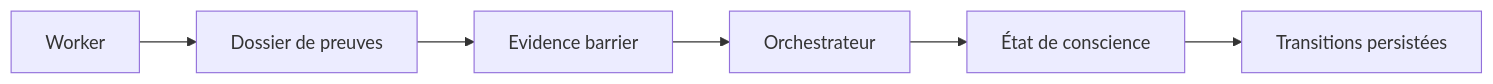
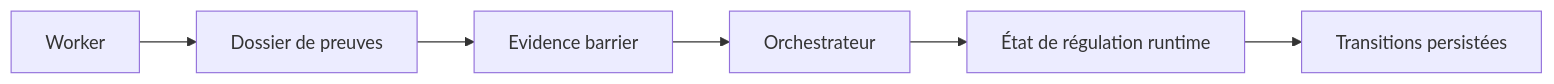
The diagram in docs/02-orchestration/dossiers-agents-et-conscience.md (PISSARAW/GenOS), drawn with Mermaid before and after one commit. The commit also changed other lines of this file and 3 other files, not shown here.

````diff
--- a/docs/02-orchestration/dossiers-agents-et-conscience.md
+++ b/docs/02-orchestration/dossiers-agents-et-conscience.md
@@ -14,8 +14,8 @@
 ```mermaid
 flowchart LR
   Worker --> Dossier[Dossier de preuves]
   Dossier --> Barrier[Evidence barrier]
   Barrier --> Orchestrator[Orchestrateur]
-  Orchestrator --> State[État de conscience]
+  Orchestrator --> State[État de régulation runtime]
   State --> History[Transitions persistées]
 ```
````
